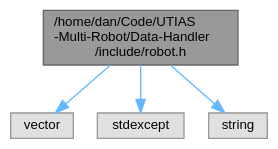
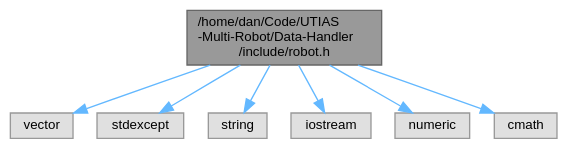
One commit to DanielIngham/Cooperative-Positioning-Data-Handler changed the diagram in docs/robot_8h__incl.dot. Above: the diagram before and after it, drawn with Graphviz. The commit also changed 55 other files, not shown here.

```diff
--- a/docs/robot_8h__incl.dot
+++ b/docs/robot_8h__incl.dot
@@ -1,14 +1,20 @@
 digraph "/home/dan/Code/UTIAS-Multi-Robot/Data-Handler/include/robot.h"
 {
  // LATEX_PDF_SIZE
   bgcolor="transparent";
   edge [fontname=Helvetica,fontsize=10,labelfontname=Helvetica,labelfontsize=10];
   node [fontname=Helvetica,fontsize=10,shape=box,height=0.2,width=0.4];
   Node1 [id="Node000001",label="/home/dan/Code/UTIAS\l-Multi-Robot/Data-Handler\l/include/robot.h",height=0.2,width=0.4,color="gray40", fillcolor="grey60", style="filled", fontcolor="black",tooltip="Header file of the Robot class."];
   Node1 -> Node2 [id="edge1_Node000001_Node000002",color="steelblue1",style="solid",tooltip=" "];
   Node2 [id="Node000002",label="vector",height=0.2,width=0.4,color="grey60", fillcolor="#E0E0E0", style="filled",tooltip=" "];
   Node1 -> Node3 [id="edge2_Node000001_Node000003",color="steelblue1",style="solid",tooltip=" "];
   Node3 [id="Node000003",label="stdexcept",height=0.2,width=0.4,color="grey60", fillcolor="#E0E0E0", style="filled",tooltip=" "];
   Node1 -> Node4 [id="edge3_Node000001_Node000004",color="steelblue1",style="solid",tooltip=" "];
   Node4 [id="Node000004",label="string",height=0.2,width=0.4,color="grey60", fillcolor="#E0E0E0", style="filled",tooltip=" "];
+  Node1 -> Node5 [id="edge4_Node000001_Node000005",color="steelblue1",style="solid",tooltip=" "];
+  Node5 [id="Node000005",label="iostream",height=0.2,width=0.4,color="grey60", fillcolor="#E0E0E0", style="filled",tooltip=" "];
+  Node1 -> Node6 [id="edge5_Node000001_Node000006",color="steelblue1",style="solid",tooltip=" "];
+  Node6 [id="Node000006",label="numeric",height=0.2,width=0.4,color="grey60", fillcolor="#E0E0E0", style="filled",tooltip=" "];
+  Node1 -> Node7 [id="edge6_Node000001_Node000007",color="steelblue1",style="solid",tooltip=" "];
+  Node7 [id="Node000007",label="cmath",height=0.2,width=0.4,color="grey60", fillcolor="#E0E0E0", style="filled",tooltip=" "];
 }
```
